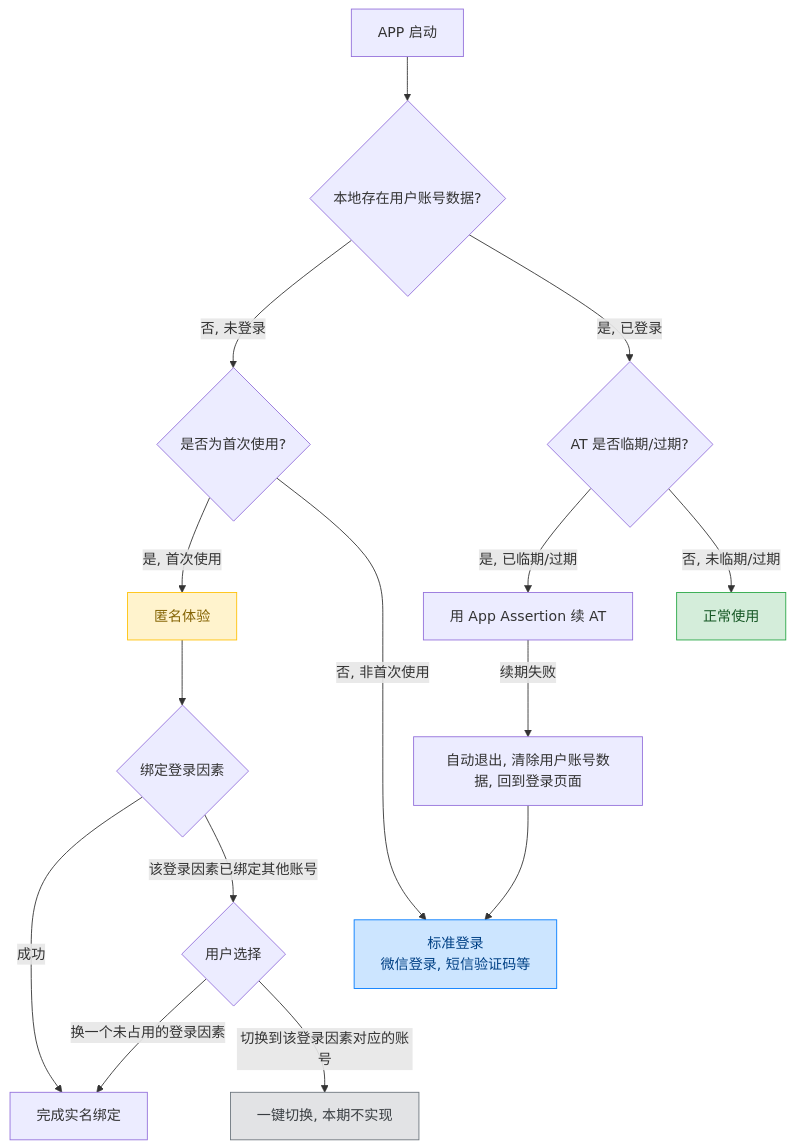
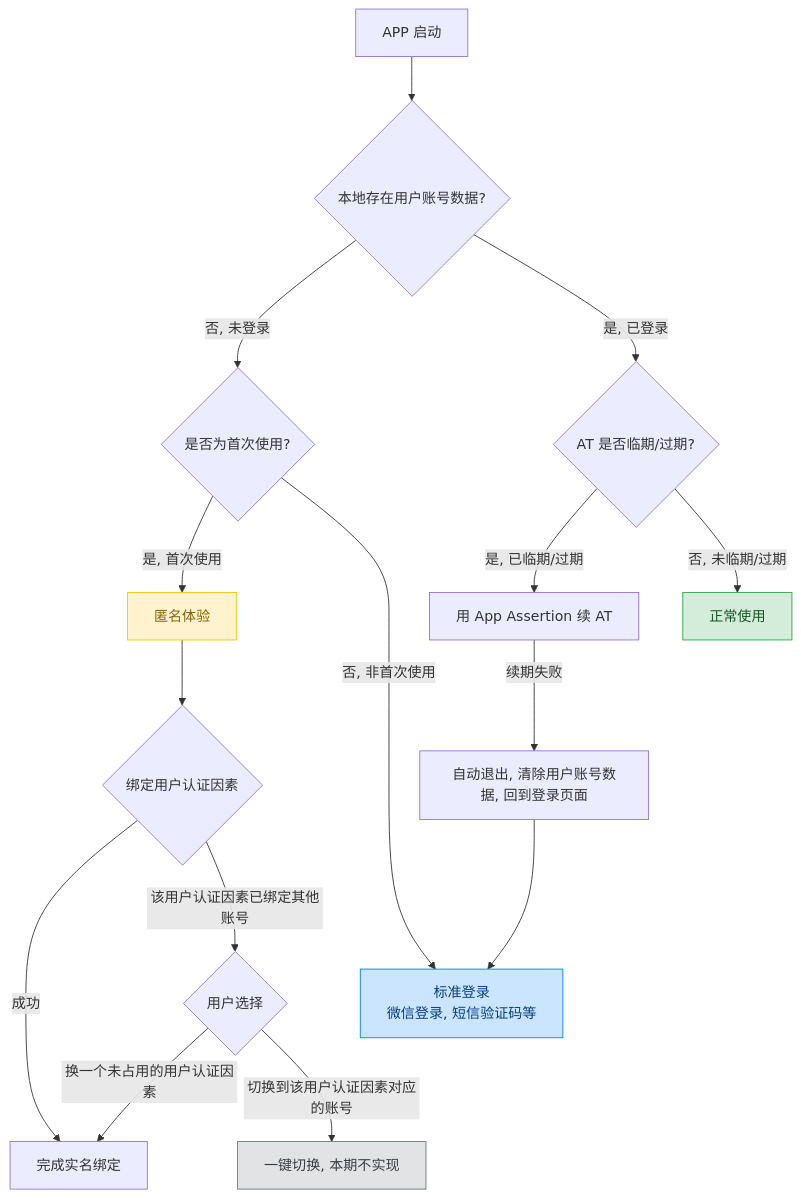
One commit to euler-projects/demo changed the first of 4 diagrams in user-center/doc/apis/zh-cn/App-Attest-Login.md. Above: the diagram before and after it, drawn with Mermaid. The commit also changed other lines of this file and 15 other files, not shown here.

````diff
--- a/user-center/doc/apis/zh-cn/App-Attest-Login.md
+++ b/user-center/doc/apis/zh-cn/App-Attest-Login.md
@@ -19,25 +19,25 @@
 ```mermaid
 graph TB
     A[APP 启动] --> P{本地存在用户账号数据?}
     P -- 否, 未登录 --> B{是否为首次使用?}
     B -- 是, 首次使用 --> ANONYMOUS_LOGIN[匿名体验]
     B -- 否, 非首次使用 --> STANDARD_LOGIN[标准登录\n 微信登录, 短信验证码等]
-    ANONYMOUS_LOGIN --> L{绑定登录因素}
+    ANONYMOUS_LOGIN --> L{绑定用户认证因素}
     L -- 成功 --> M[完成实名绑定]
-    L -- 该登录因素已绑定其他账号 --> N{用户选择}
-    N -- 换一个未占用的登录因素 --> M
-    N -- 切换到该登录因素对应的账号 --> I1[一键切换, 本期不实现]
+    L -- 该用户认证因素已绑定其他账号 --> N{用户选择}
+    N -- 换一个未占用的用户认证因素 --> M
+    N -- 切换到该用户认证因素对应的账号 --> I1[一键切换, 本期不实现]
     P -- 是, 已登录 --> T{AT 是否临期/过期?}
     T -- 是, 已临期/过期 --> E[用 App Assertion 续 AT]
     T -- 否, 未临期/过期 --> U[正常使用]
     E -- 续期失败 --> X[自动退出, 清除用户账号数据, 回到登录页面]
     X --> STANDARD_LOGIN
     classDef scene1 fill:#fff3cd,stroke:#ffc107,stroke-width:1px,color:#856404
     classDef scene2 fill:#cce5ff,stroke:#007bff,stroke-width:1px,color:#004085
     classDef normal fill:#d4edda,stroke:#28a745,stroke-width:1px,color:#155724
     classDef disabled fill:#e2e3e5,stroke:#6c757d,stroke-width:1px,color:#383d41
     class ANONYMOUS_LOGIN scene1
     class STANDARD_LOGIN scene2
     class U normal
     class I1 disabled
 ```
````
